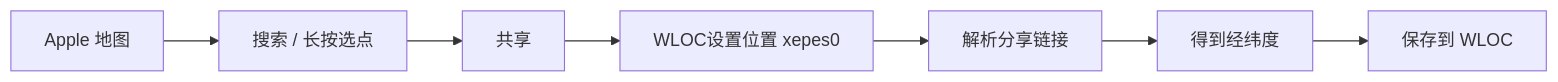
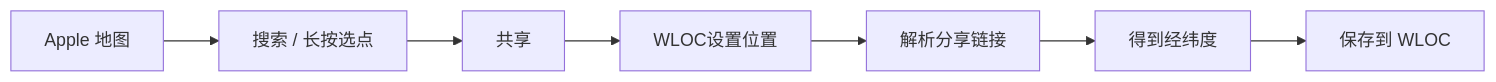
The fourth of 5 diagrams in README.md (fengsx/wloc), drawn with Mermaid before and after one commit. The commit also changed other lines of this file and 10 other files, not shown here.

````diff
--- a/README.md
+++ b/README.md
@@ -286,9 +288,9 @@
 ```mermaid
 flowchart LR
     A[Apple 地图] --> B[搜索 / 长按选点]
     B --> C[共享]
-    C --> D[WLOC设置位置 xepes0]
+    C --> D[WLOC设置位置]
     D --> E[解析分享链接]
     E --> F[得到经纬度]
     F --> G[保存到 WLOC]
 ```
````
